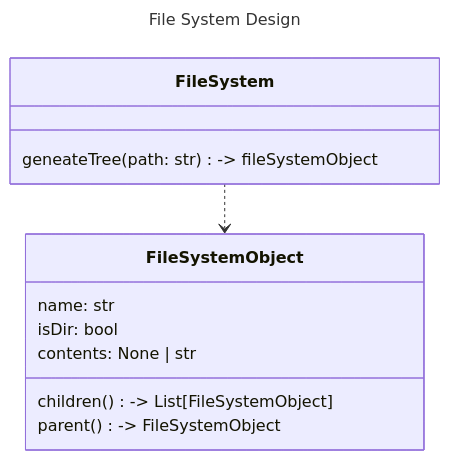
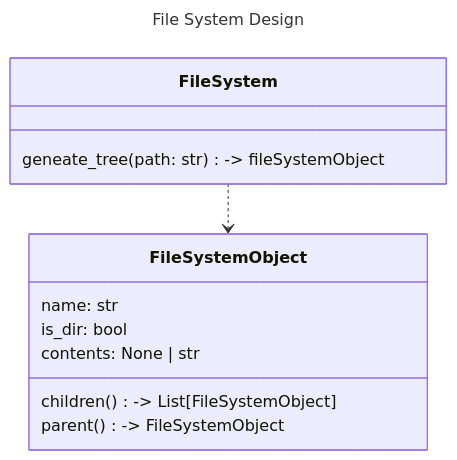
Before and after one commit to Oldranda1414/AutoDev: the diagram in docs/assets/src/fs_design.mmd, drawn with Mermaid. The commit also changed 6 other files, not shown here.

```diff
--- a/docs/assets/src/fs_design.mmd
+++ b/docs/assets/src/fs_design.mmd
@@ -1,17 +1,17 @@
 ---
 title: File System Design
 ---
 classDiagram
     class FileSystem {
-        geneateTree(path: str) -> fileSystemObject
+        geneate_tree(path: str) -> fileSystemObject
     }
 
     class FileSystemObject {
         name: str
-        isDir: bool
+        is_dir: bool
         contents: None | str
         children() -> List[FileSystemObject]
         parent() -> FileSystemObject
     }
 
     FileSystem ..> FileSystemObject
```
